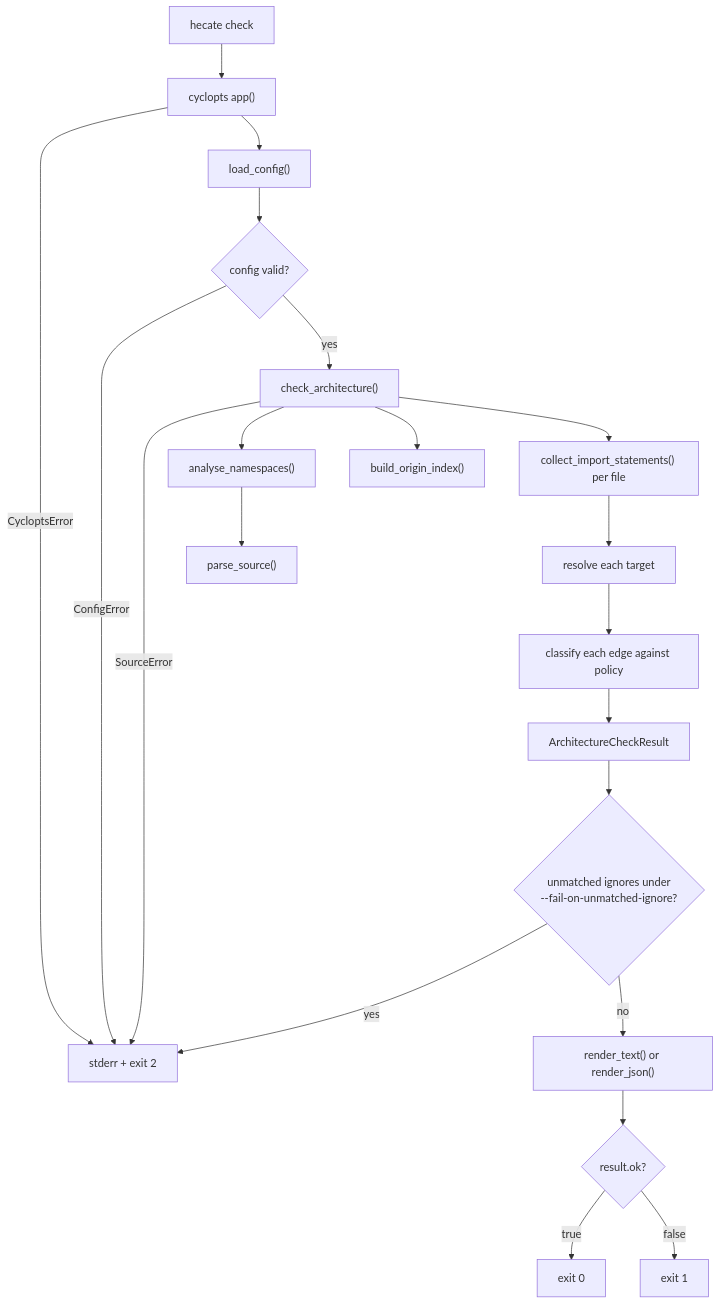
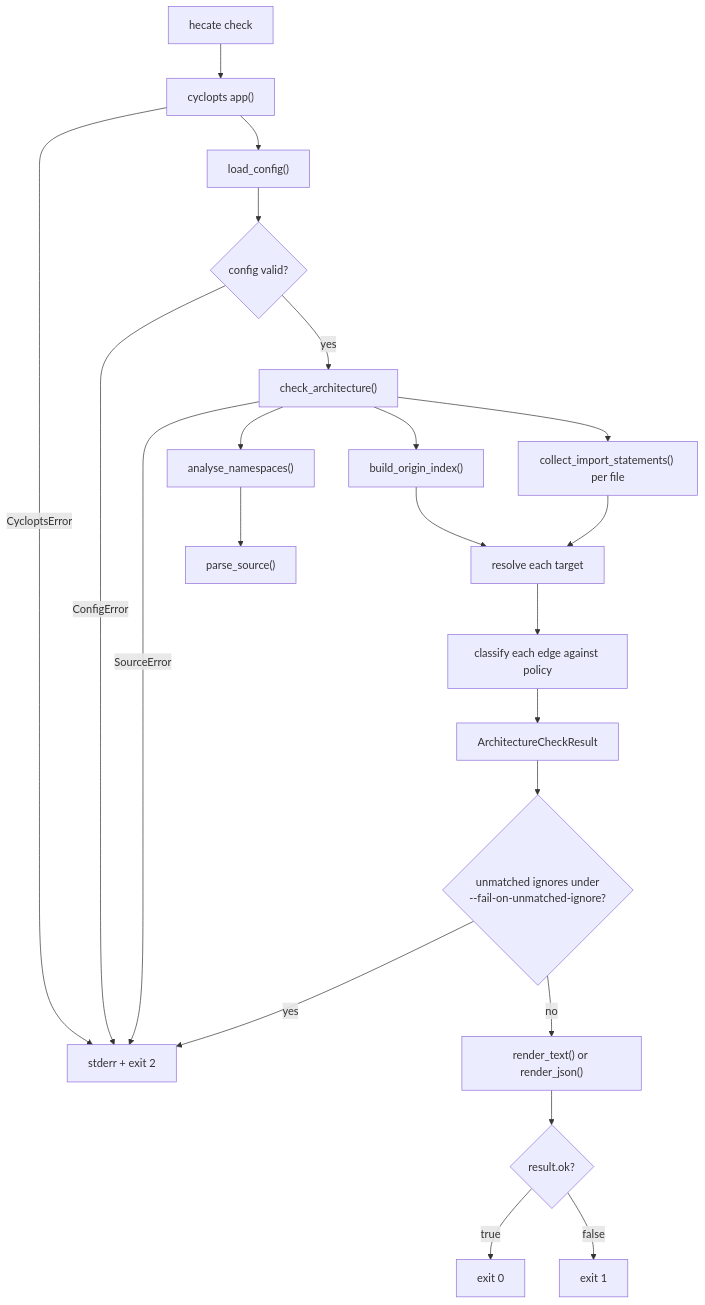
One commit to leynos/hecate changed the diagram in docs/developers-guide.md. Above: the diagram before and after it, drawn with Mermaid.

Commit message:
Link origin index to target resolution in Figure 1
The flowchart built the OriginIndex at one node and resolved targets at
another without an edge between them, leaving the provenance step
looking unused. The checker does use it: resolving a target calls
OriginIndex.resolve and OriginIndex.origins_for to follow re-export
chains.

Add the missing edge from the origin index to target resolution.

````diff
--- a/docs/developers-guide.md
+++ b/docs/developers-guide.md
@@ -70,23 +70,24 @@
 ```mermaid
 flowchart TD
     A["hecate check"] --> B["cyclopts app()"]
     B -->|"CycloptsError"| Z2["stderr + exit 2"]
     B --> C["load_config()"]
     C --> D{"config valid?"}
     D -->|"ConfigError"| Z2
     D -->|"yes"| E["check_architecture()"]
     E -->|"SourceError"| Z2
     E --> F["analyse_namespaces()"]
     F --> G["parse_source()"]
     E --> H["build_origin_index()"]
     E --> I["collect_import_statements() per file"]
     I --> J["resolve each target"]
+    H --> J
     J --> K["classify each edge against policy"]
     K --> L["ArchitectureCheckResult"]
     L --> P{"unmatched ignores under\n--fail-on-unmatched-ignore?"}
     P -->|"yes"| Z2
     P -->|"no"| M["render_text() or render_json()"]
     M --> N{"result.ok?"}
     N -->|"true"| Z0["exit 0"]
     N -->|"false"| Z1["exit 1"]
 ```
````
